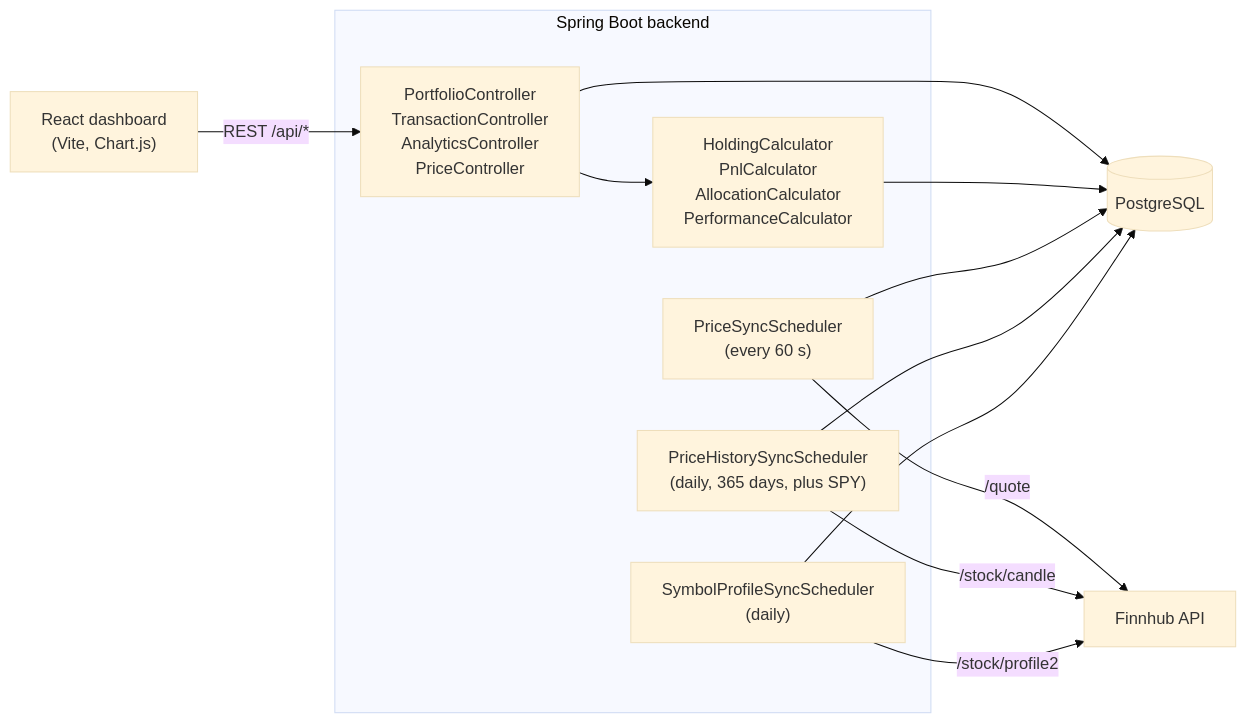
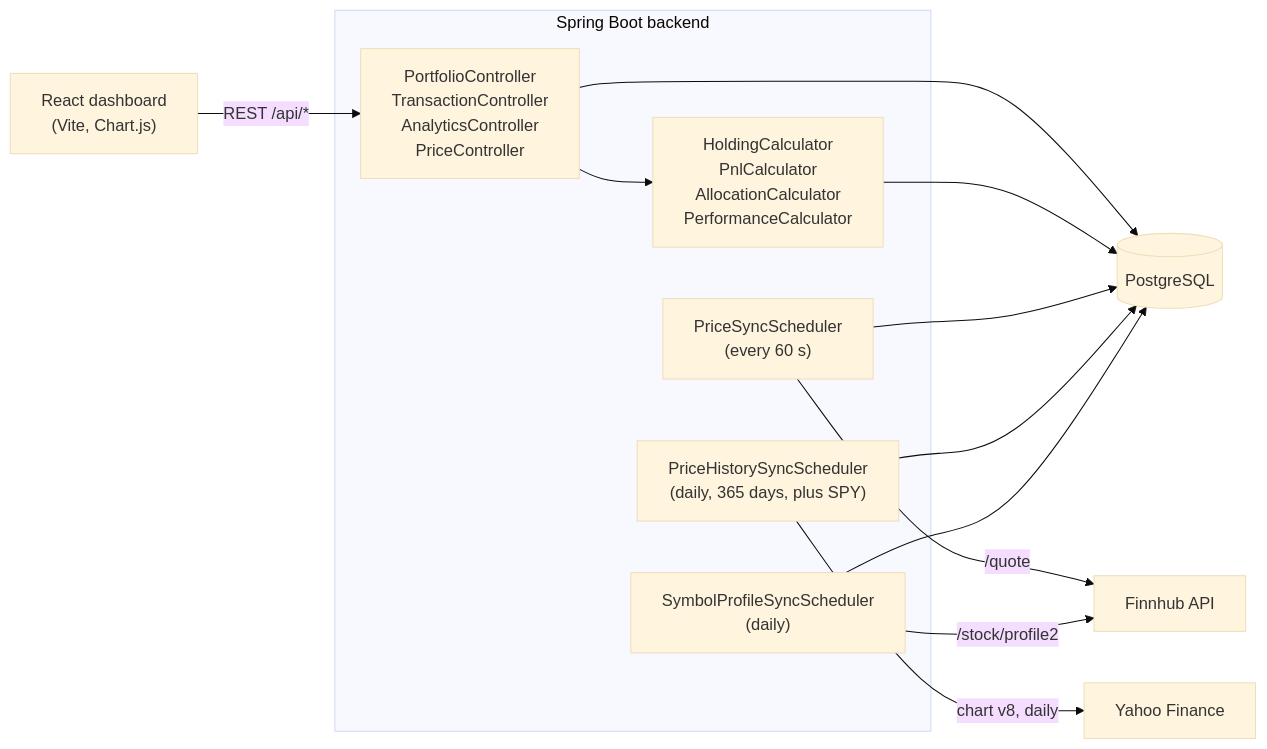
The diagram in README.md (waterma1one/stock-portfolio-tracker), drawn with Mermaid (base theme) before and after one commit. The commit also changed other lines of this file, not shown here.

Commit message:
Update README for Yahoo daily closes

````diff
--- a/README.md
+++ b/README.md
@@ -22,22 +22,22 @@
 ```mermaid
 flowchart LR
     UI["React dashboard<br/>(Vite, Chart.js)"] -->|REST /api/*| API
 
     subgraph Backend["Spring Boot backend"]
         API["PortfolioController<br/>TransactionController<br/>AnalyticsController<br/>PriceController"]
         CALC["HoldingCalculator<br/>PnlCalculator<br/>AllocationCalculator<br/>PerformanceCalculator"]
         S1["PriceSyncScheduler<br/>(every 60 s)"]
         S2["PriceHistorySyncScheduler<br/>(daily, 365 days, plus SPY)"]
         S3["SymbolProfileSyncScheduler<br/>(daily)"]
         API --> CALC
     end
 
     API --> DB[(PostgreSQL)]
     CALC --> DB
     S1 -->|/quote| FH[Finnhub API]
-    S2 -->|/stock/candle| FH
+    S2 -->|chart v8, daily| YF[Yahoo Finance]
     S3 -->|/stock/profile2| FH
     S1 --> DB
     S2 --> DB
     S3 --> DB
 ```
````
